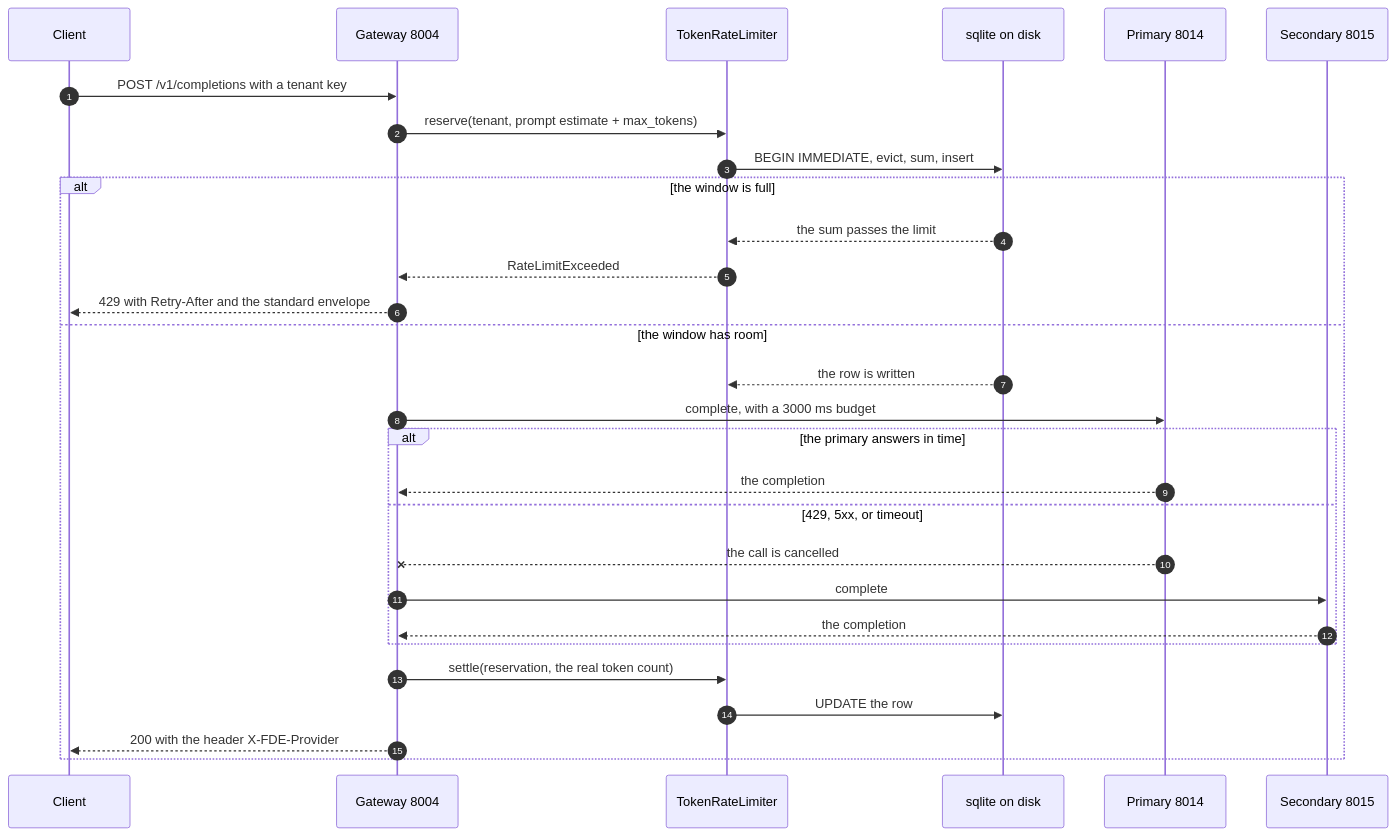
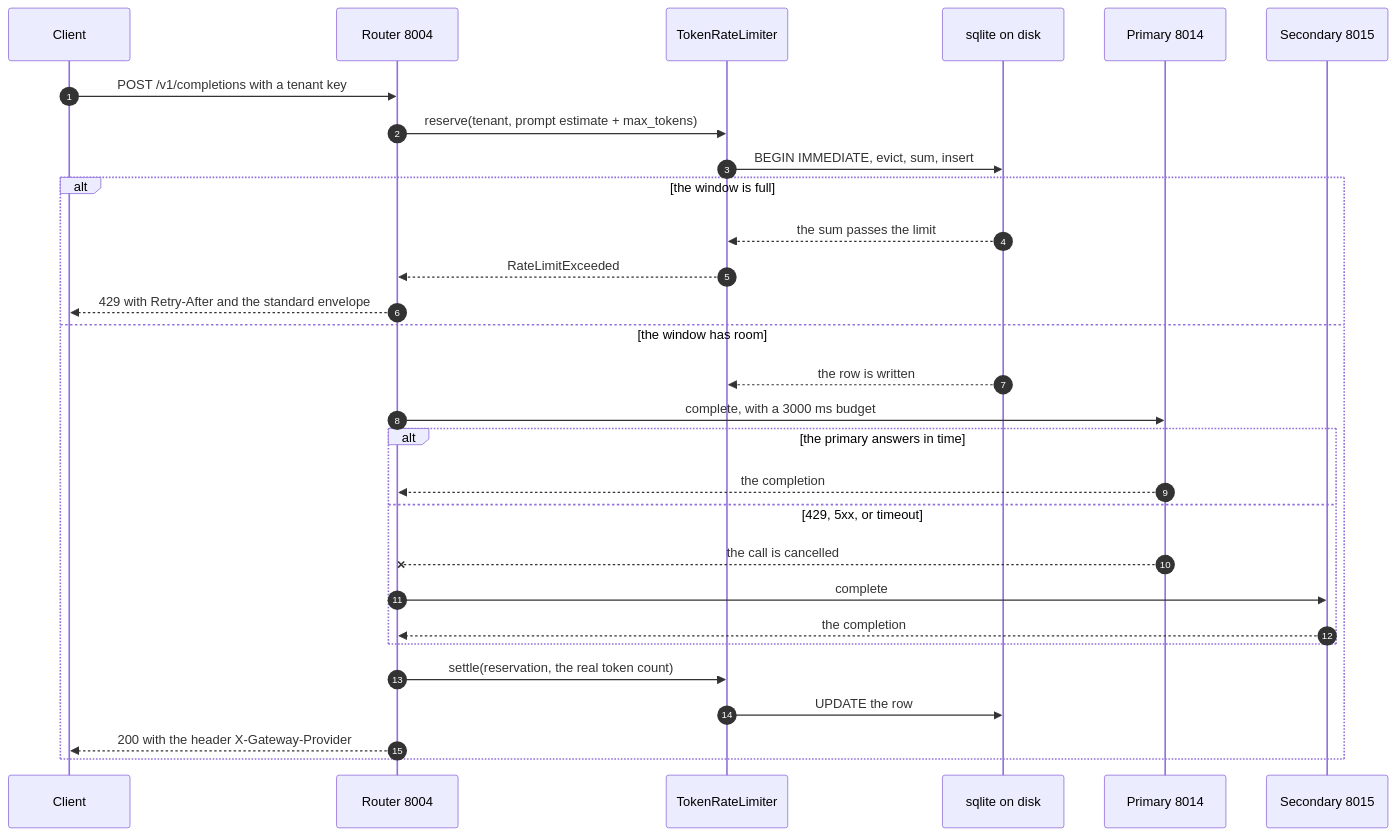
The seventh of 9 diagrams in README.md (Kunal-5402/quilr-tasks), drawn with Mermaid before and after one commit. The commit also changed other lines of this file and 6 other files, not shown here.

````diff
--- a/README.md
+++ b/README.md
@@ -311,35 +313,35 @@
 ```mermaid
 sequenceDiagram
     autonumber
     participant C as Client
-    participant G as Gateway 8004
+    participant G as Router 8004
     participant L as TokenRateLimiter
     participant DB as sqlite on disk
     participant P1 as Primary 8014
     participant P2 as Secondary 8015
 
     C->>G: POST /v1/completions with a tenant key
     G->>L: reserve(tenant, prompt estimate + max_tokens)
     L->>DB: BEGIN IMMEDIATE, evict, sum, insert
 
     alt the window is full
         DB-->>L: the sum passes the limit
         L-->>G: RateLimitExceeded
         G-->>C: 429 with Retry-After and the standard envelope
     else the window has room
         DB-->>L: the row is written
         G->>P1: complete, with a 3000 ms budget
 
         alt the primary answers in time
             P1-->>G: the completion
         else 429, 5xx, or timeout
             P1--xG: the call is cancelled
             G->>P2: complete
             P2-->>G: the completion
         end
 
         G->>L: settle(reservation, the real token count)
         L->>DB: UPDATE the row
-        G-->>C: 200 with the header X-FDE-Provider
+        G-->>C: 200 with the header X-Gateway-Provider
     end
 ```
````
